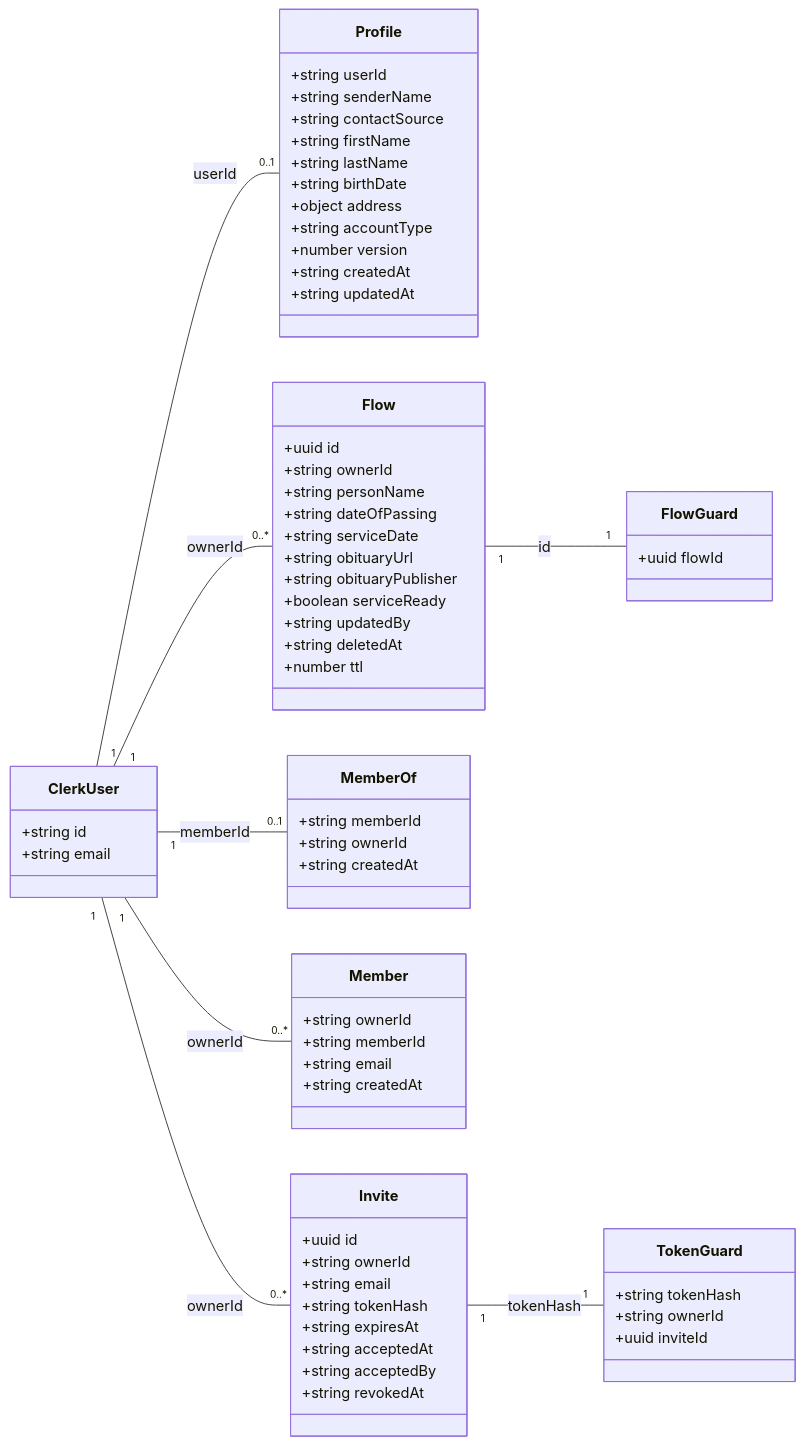
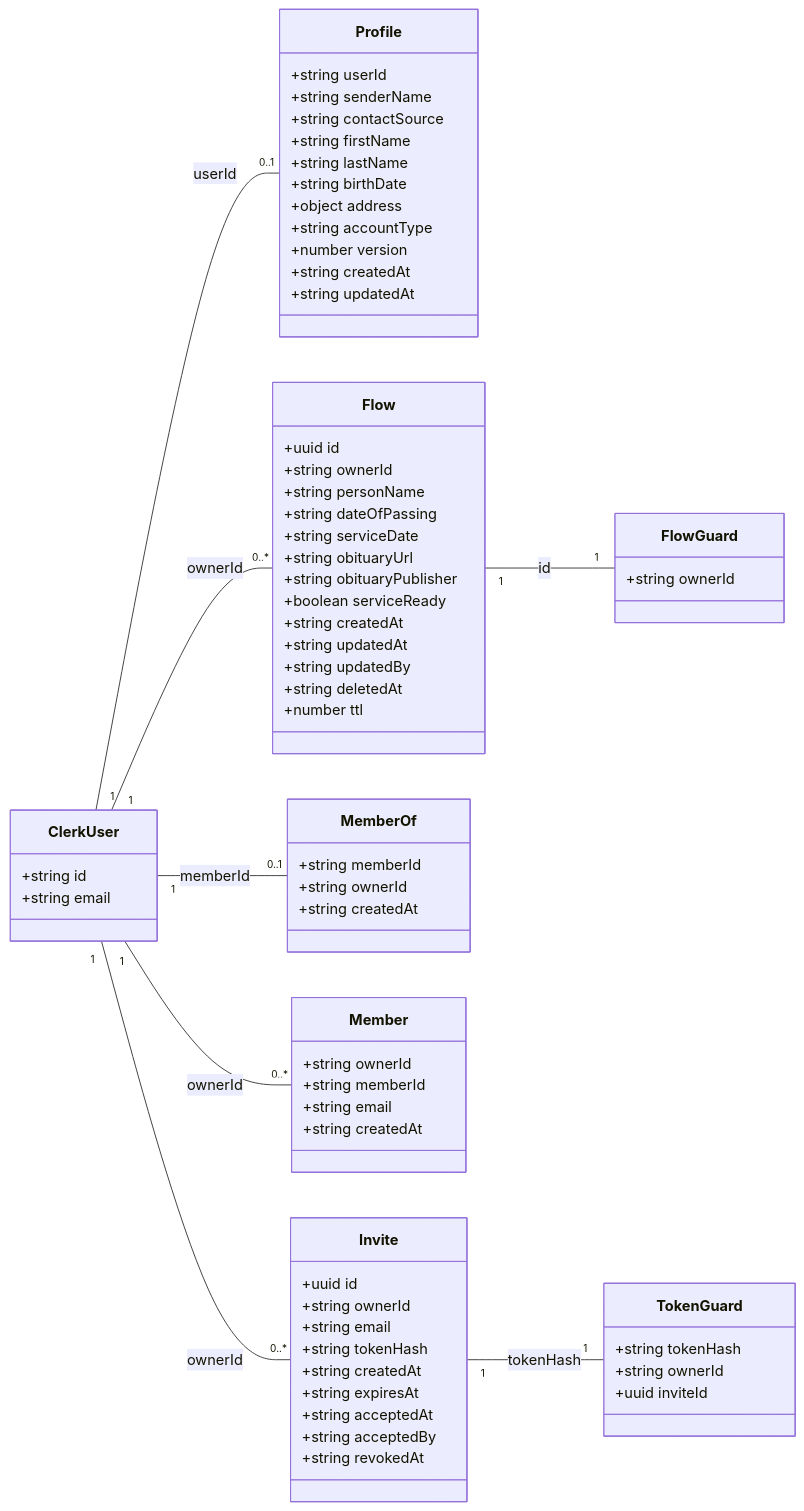
Before and after one commit to grieverguidetech/griever-guidance: the seventh of 8 diagrams in docs/backend-services.md, drawn with Mermaid. The commit also changed other lines of this file, not shown here.

Commit message:
docs: fix review findings in backend-services diagrams (#911)

````diff
--- a/docs/backend-services.md
+++ b/docs/backend-services.md
@@ -585,79 +595,82 @@
 ```mermaid
 classDiagram
   direction LR
 
   class ClerkUser {
     +string id
     +string email
   }
 
   class Profile {
     +string userId
     +string senderName
     +string contactSource
     +string firstName
     +string lastName
     +string birthDate
     +object address
     +string accountType
     +number version
     +string createdAt
     +string updatedAt
   }
 
   class Flow {
     +uuid id
     +string ownerId
     +string personName
     +string dateOfPassing
     +string serviceDate
     +string obituaryUrl
     +string obituaryPublisher
     +boolean serviceReady
+    +string createdAt
+    +string updatedAt
     +string updatedBy
     +string deletedAt
     +number ttl
   }
 
   class FlowGuard {
-    +uuid flowId
+    +string ownerId
   }
 
   class MemberOf {
     +string memberId
     +string ownerId
     +string createdAt
   }
 
   class Member {
     +string ownerId
     +string memberId
     +string email
     +string createdAt
   }
 
   class Invite {
     +uuid id
     +string ownerId
     +string email
     +string tokenHash
+    +string createdAt
     +string expiresAt
     +string acceptedAt
     +string acceptedBy
     +string revokedAt
   }
 
   class TokenGuard {
     +string tokenHash
     +string ownerId
     +uuid inviteId
   }
 
   ClerkUser "1" -- "0..1" Profile : userId
   ClerkUser "1" -- "0..*" Flow : ownerId
   Flow "1" -- "1" FlowGuard : id
   ClerkUser "1" -- "0..1" MemberOf : memberId
   ClerkUser "1" -- "0..*" Member : ownerId
   ClerkUser "1" -- "0..*" Invite : ownerId
   Invite "1" -- "1" TokenGuard : tokenHash
 ```
````
